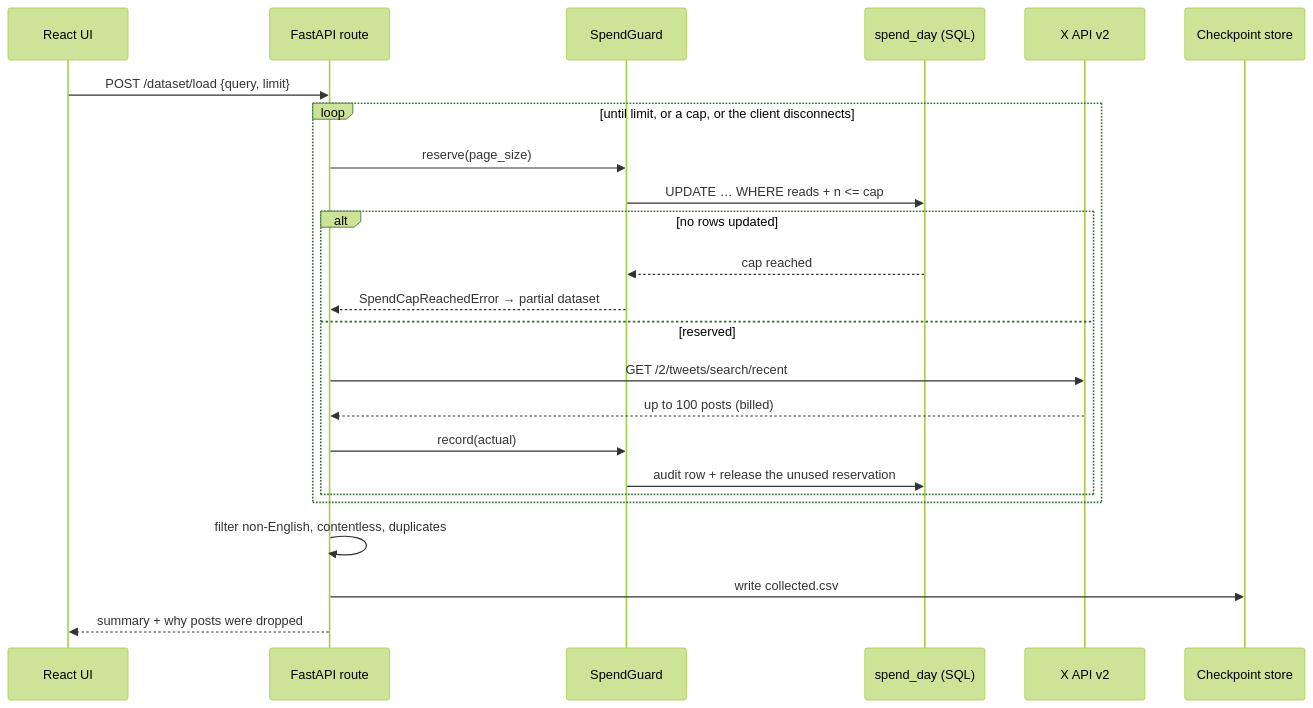
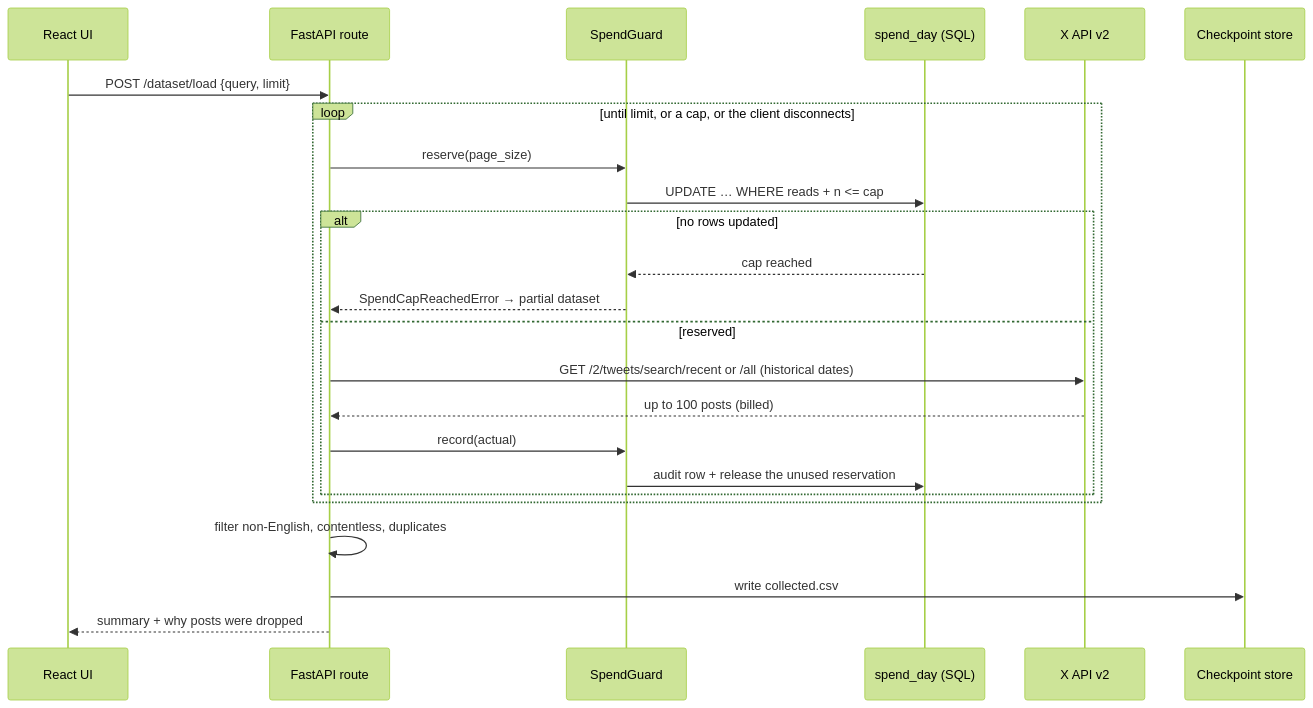
Before and after one commit to rharper12/NLP_Sentiment_Analyis: the fourth of 5 diagrams in docs/architecture-diagrams.md, drawn with Mermaid (forest theme). The commit also changed other lines of this file and 85 other files, not shown here.

````diff
--- a/docs/architecture-diagrams.md
+++ b/docs/architecture-diagrams.md
@@ -110,27 +108,27 @@
 ```mermaid
 sequenceDiagram
     participant UI as React UI
     participant API as FastAPI route
     participant G as SpendGuard
     participant DB as spend_day (SQL)
     participant X as X API v2
     participant CK as Checkpoint store
 
     UI->>API: POST /dataset/load {query, limit}
     loop until limit, or a cap, or the client disconnects
         API->>G: reserve(page_size)
         G->>DB: UPDATE … WHERE reads + n <= cap
         alt no rows updated
             DB-->>G: cap reached
             G-->>API: SpendCapReachedError → partial dataset
         else reserved
-            API->>X: GET /2/tweets/search/recent
+            API->>X: GET /2/tweets/search/recent or /all (historical dates)
             X-->>API: up to 100 posts (billed)
             API->>G: record(actual)
             G->>DB: audit row + release the unused reservation
         end
     end
     API->>API: filter non-English, contentless, duplicates
     API->>CK: write collected.csv
     API-->>UI: summary + why posts were dropped
 ```
````
